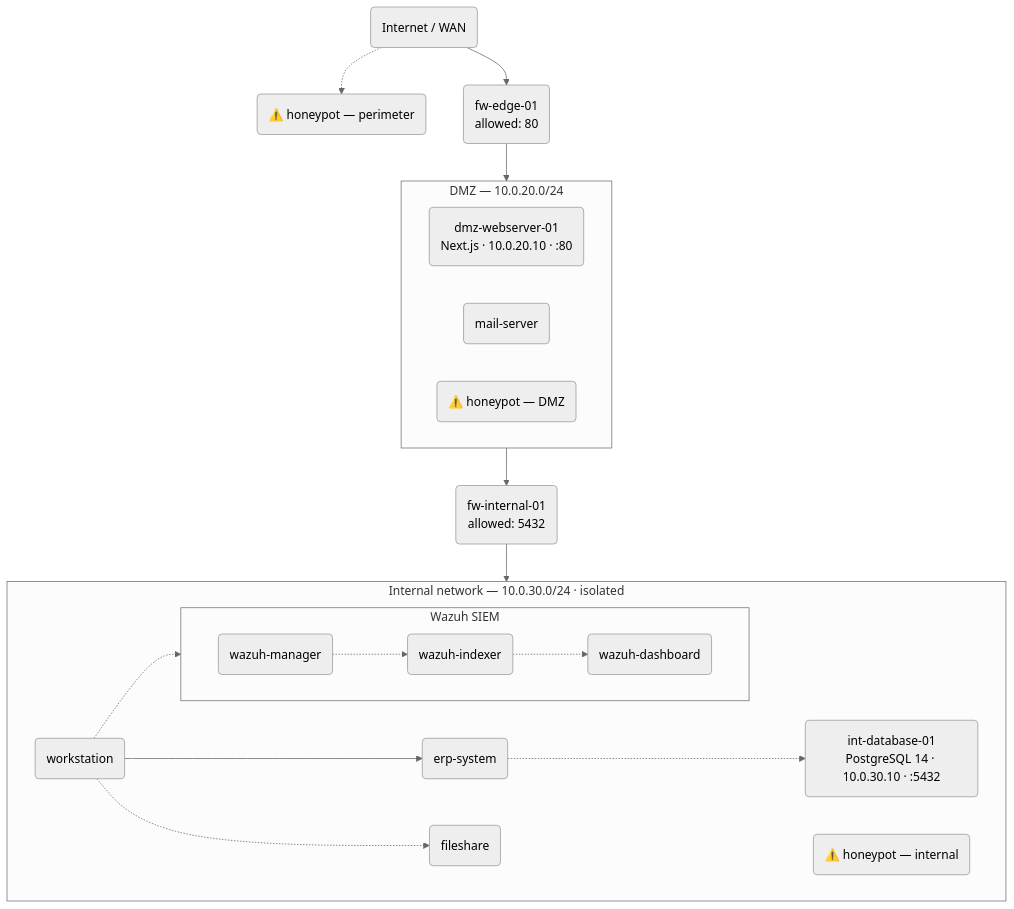
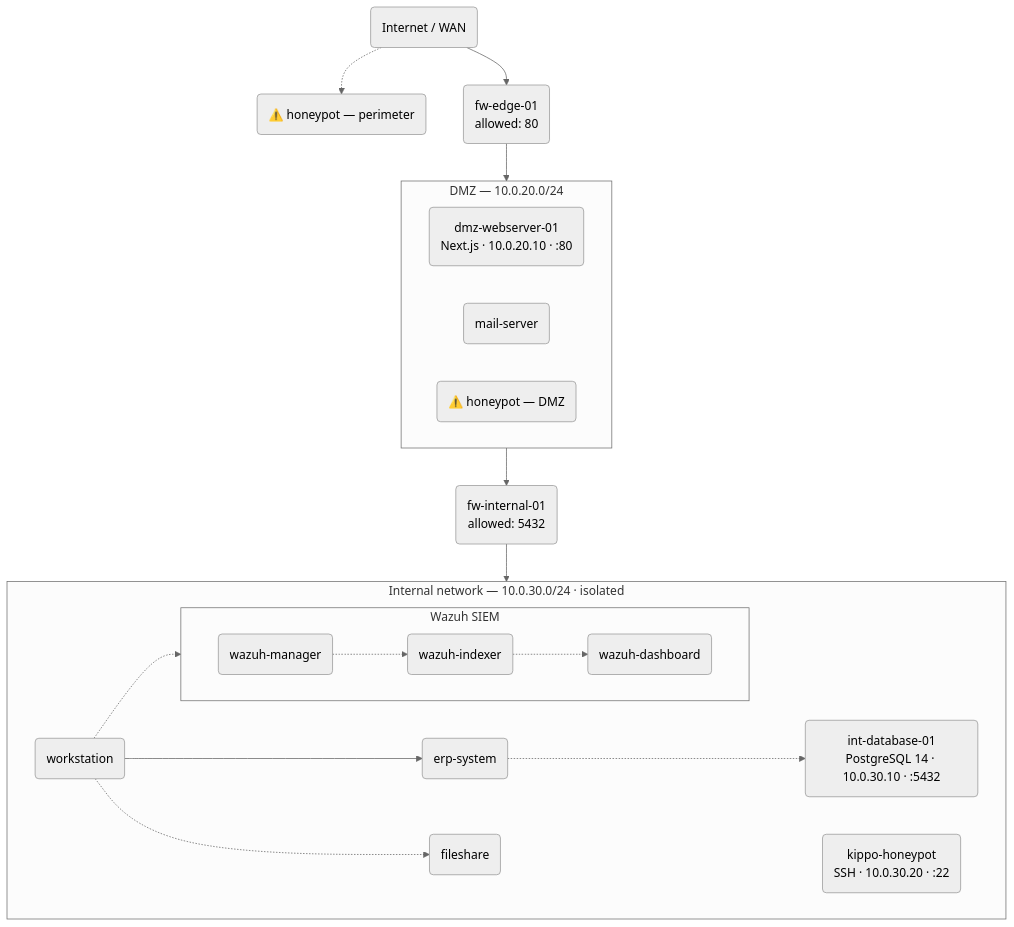
Before and after one commit to BerWalker/OopsNet: the diagram in README.md, drawn with Mermaid (neutral theme). The commit also changed other lines of this file and 4 other files, not shown here.

Commit message:
feat: integrate Kippo SSH honeypot into internal network with automated testing scripts and documentation

````diff
--- a/README.md
+++ b/README.md
@@ -9,47 +9,48 @@
 ```mermaid
 graph TD
     inet("Internet / WAN")
 
     hp_perim("⚠️ honeypot — perimeter")
     ext_fw("fw-edge-01<br>allowed: 80")
     
     inet -.-> hp_perim
     inet --> ext_fw
 
     subgraph DMZ ["DMZ — 10.0.20.0/24"]
         web("dmz-webserver-01<br>Next.js · 10.0.20.10 · :80")
         mail("mail-server")
         hp_dmz("⚠️ honeypot — DMZ")
     end
 
     ext_fw --> DMZ
 
     int_fw("fw-internal-01<br>allowed: 5432")
     
     DMZ --> int_fw
 
     subgraph Internal ["Internal network — 10.0.30.0/24 · isolated"]
         ws("workstation")
         
         erp("erp-system")
         smb("fileshare")
         db("int-database-01<br>PostgreSQL 14 · 10.0.30.10 · :5432")
-        hp_int("⚠️ honeypot — internal")
+        hp_int("kippo-honeypot<br>SSH · 10.0.30.20 · :22")
 
         subgraph wazuh_zone ["Wazuh SIEM"]
             direction LR
             w_mgr("wazuh-manager")
             w_idx("wazuh-indexer")
             w_dash("wazuh-dashboard")
             w_mgr -.-> w_idx
             w_idx -.-> w_dash
         end
         
         ws --> erp
         ws -.-> smb
         ws -.-> w_mgr
         erp -.-> db
+        hp_int
     end
 
     int_fw --> Internal
 ```
````
